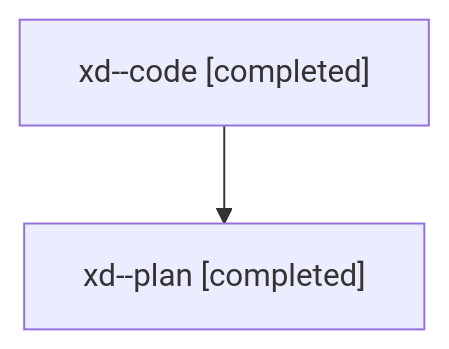
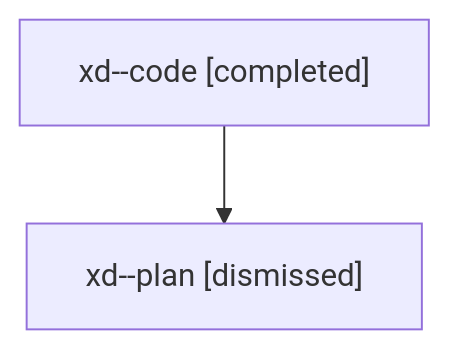
Before and after one commit to sase-org/sase--agents: the diagram in families/bbugyi200.athena.xd.md, drawn with Mermaid. The commit also changed other lines of this file and 1973 other files, not shown here.

````diff
--- a/families/bbugyi200.athena.xd.md
+++ b/families/bbugyi200.athena.xd.md
@@ -9,6 +9,6 @@
 ```mermaid
 flowchart TD
   n0["xd--code [completed]"]
-  n1["xd--plan [completed]"]
+  n1["xd--plan [dismissed]"]
   n0 --> n1
 ```
````
